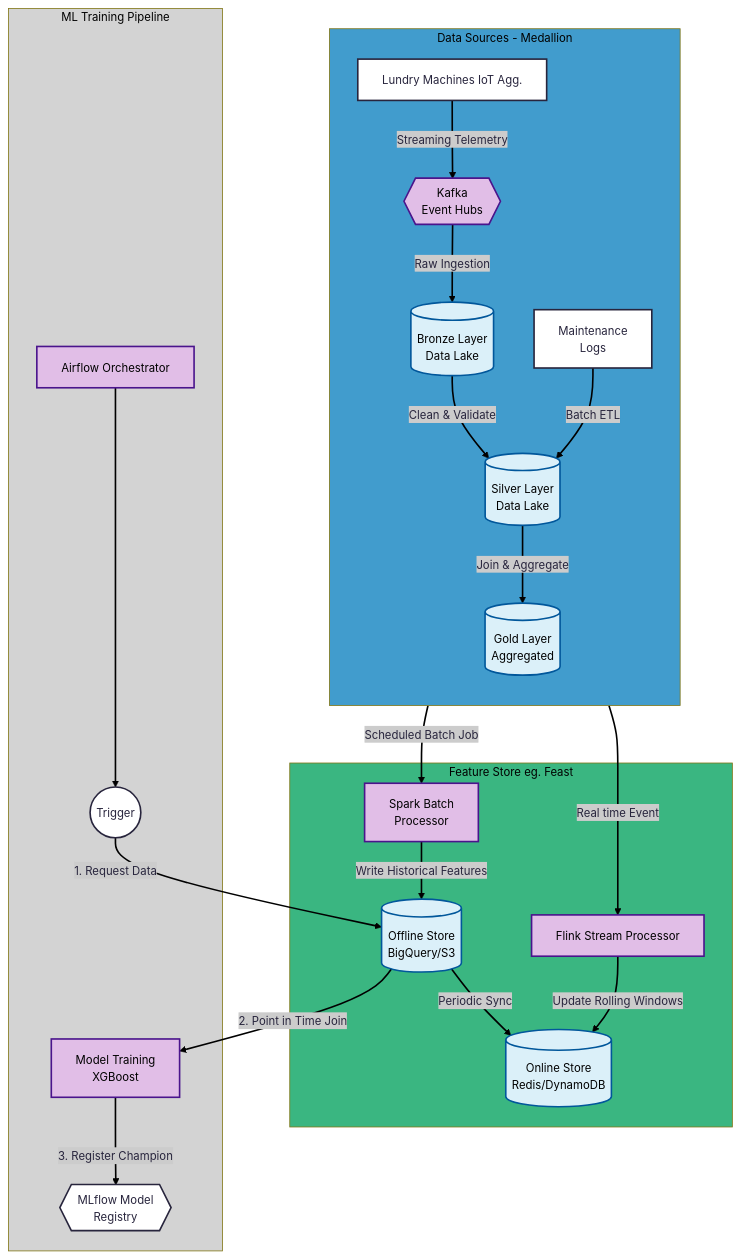
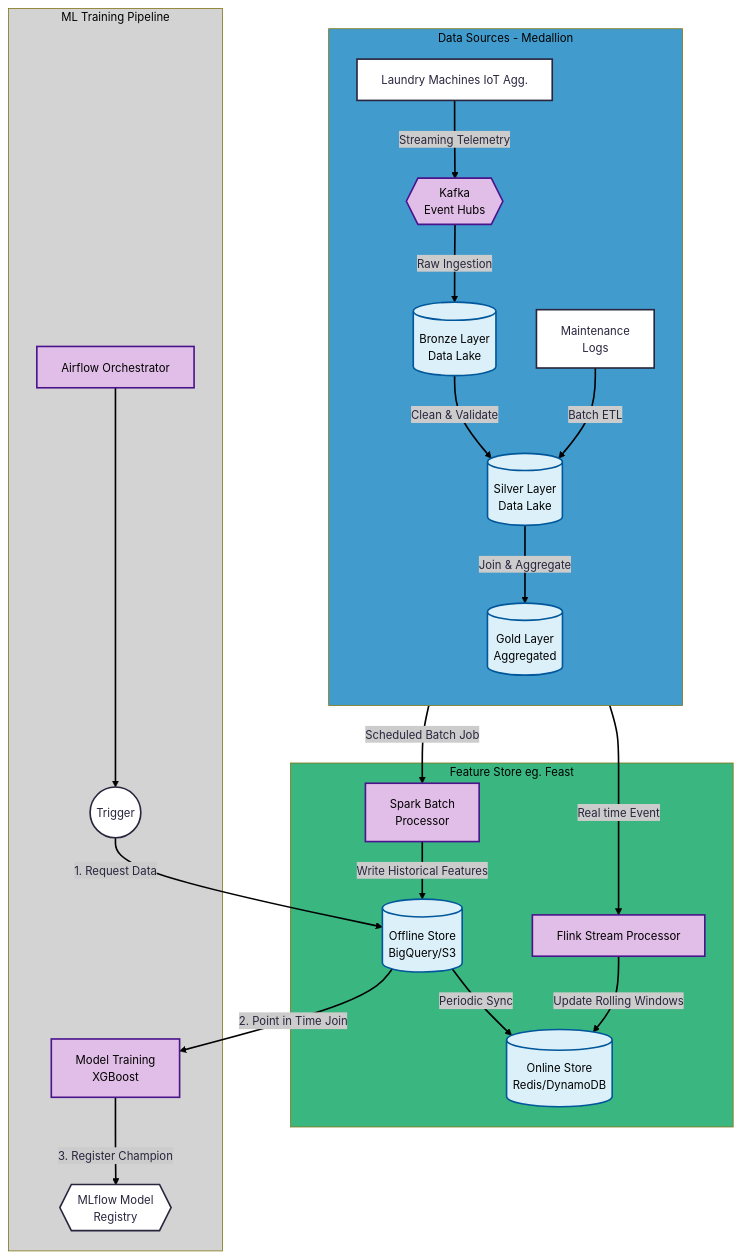
Before and after one commit to gp7junior/PM-Workwear-Laundries: the first of 3 diagrams in architecture/README.md, drawn with Mermaid. The commit also changed other lines of this file and 4 other files, not shown here.

Commit message:
Enhance README to clarify MLOps architecture and update terminology; add detailed tasks for survival analysis, model drift strategy, and time-series complexity; improve online inference testing script comments.

````diff
--- a/architecture/README.md
+++ b/architecture/README.md
@@ -5,44 +5,44 @@
 ```mermaid
 ---
 config:
       theme: redux
 ---
 flowchart TD
     classDef process fill:#e1bee7,stroke:#4a148c,stroke-width:2px,color:#000;
     classDef storage fill:#dbf0f9,stroke:#01579b,stroke-width:2px,color:#000;
     subgraph MainMedallion [Data Sources - Medallion]
         style MainMedallion fill: #419ccd,stroke:#827717 
         direction TB
-        IoT["Lundry Machines IoT Agg."]
+        IoT["Laundry Machines IoT Agg."]
         MTL["Maintenance <br> Logs"]
         IoT -- Streaming Telemetry --> Kafka{{Kafka <br> Event Hubs}}:::process
         Kafka -- Raw Ingestion --> Bronze[(Bronze Layer <br> Data Lake)]:::storage
         Bronze -- Clean & Validate --> Silver[(Silver Layer <br> Data Lake)]:::storage
         MTL -- Batch ETL --> Silver:::storage
         Silver -- Join & Aggregate --> Gold[(Gold Layer <br> Aggregated)]:::storage
         end
     
     %% --- Feature Engineering & Store ---
     subgraph FeatureStore [Feature Store eg. Feast]
         style FeatureStore fill: #3AB681,stroke:#827717
         %% FRegistry{{Feature Registry <br> Definitions}}
         
         %% Offline Path
         Gold -- Scheduled Batch Job --> BatchProc[Spark Batch <br> Processor]:::process
         BatchProc -- Write Historical Features --> OfflineStore[(Offline Store <br> BigQuery/S3)]:::storage
         
         %% Online Path
         Kafka -- Real time Event --> StreamProc[Flink Stream Processor]:::process
         StreamProc -- Update Rolling Windows --> OnlineStore[(Online Store <br> Redis/DynamoDB)]:::storage
         OfflineStore -- Periodic Sync --> OnlineStore
     end
 
     %% --- Training Pipeline ---
     subgraph Training [ML Training Pipeline]
         style Training fill: #d3d3d3,stroke:#827717
         Orchestrator[Airflow Orchestrator]:::process --> TriggerTrain((Trigger))
         TriggerTrain -- 1. Request Data --> OfflineStore
         OfflineStore -- 2. Point in Time Join --> TrainModel[Model Training <br> XGBoost]:::process
         TrainModel -- 3. Register Champion --> ModelReg{{MLflow Model <br> Registry}}
     end
 ```
````
